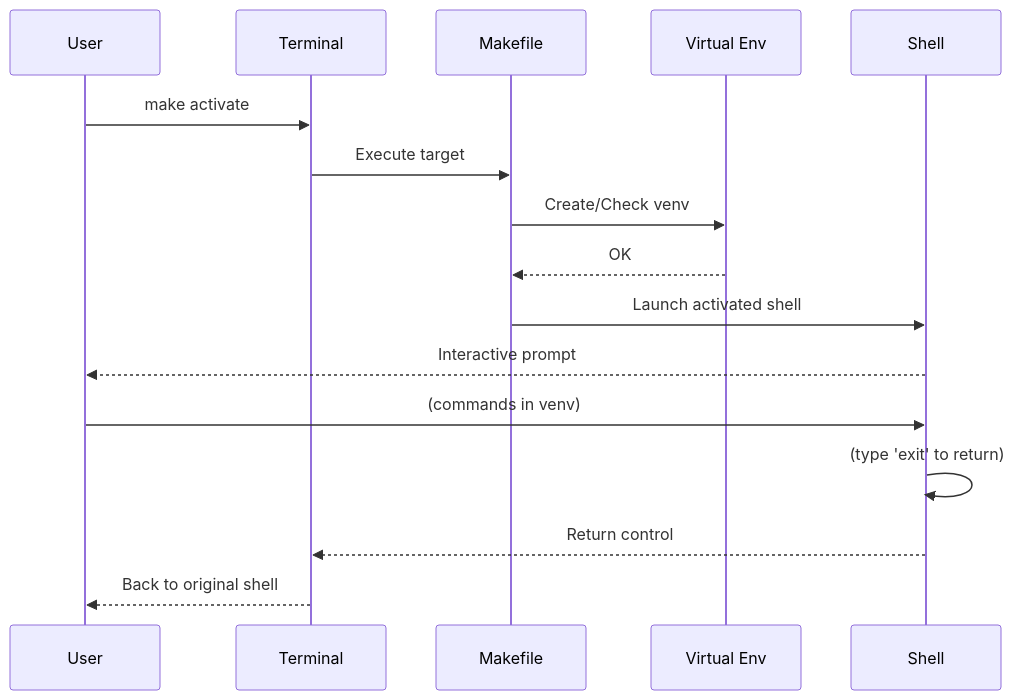
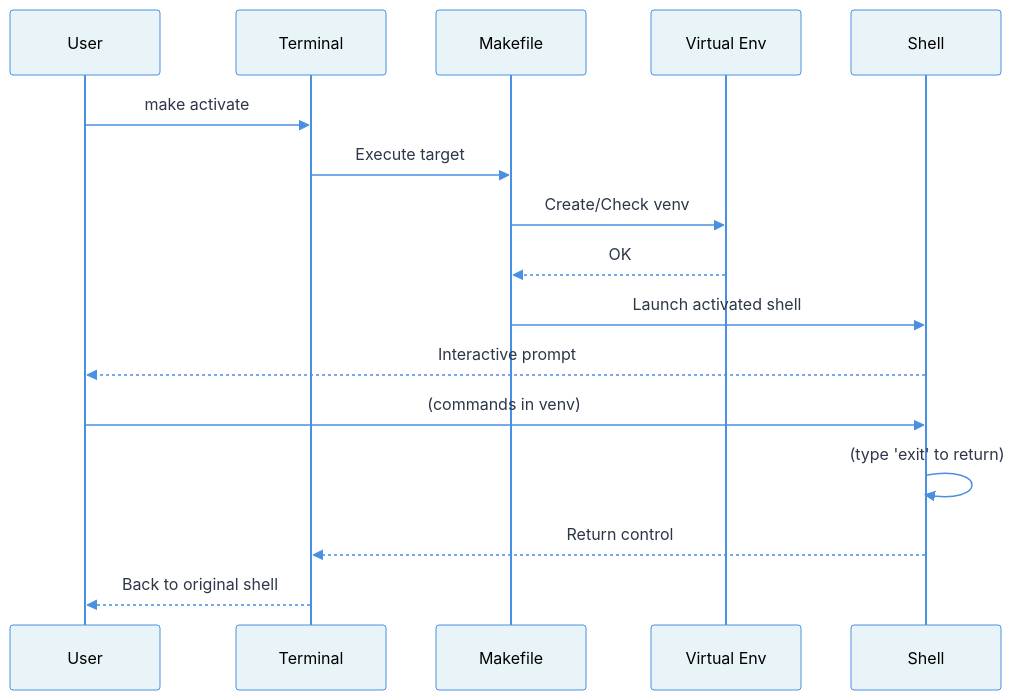
Before and after one commit to mapitman/media-encoding: the third of 3 diagrams in README.md, drawn with Mermaid. The commit also changed 2 other files, not shown here.

Commit message:
Improve ripping UX; add episode-start; refine metadata logging
rip_disc.py: Suppress verbose MakeMKV scan output after first title, add concise progress logs (per-title captions shown once, include position in progress bar), and show percentage updates as titles rip. Report found title count upfront. Add informative logs when OMDB/TMDB lookups succeed; warn when falling back to disc title. Support starting episode numbering via new --episode-start CLI flag and propagate through process_disc() and rename flow.

rip_tv.sh: Add --episode-start option, propagate to Python script, and update help text for clarity.

README.md: Enable Mermaid theme initialization for activation sequence diagram for better visual consistency.

````diff
--- a/README.md
+++ b/README.md
@@ -382,19 +382,20 @@
 ```mermaid
+%%{init: {'theme':'base', 'themeVariables': { 'primaryColor':'#4a90e2','primaryTextColor':'#fff','primaryBorderColor':'#2e5c8a','lineColor':'#4a90e2','secondaryColor':'#82b366','tertiaryColor':'#f4a460','noteBkgColor':'#fff9e6','noteTextColor':'#000','noteBorderColor':'#d4a017','actorBkg':'#e8f4f8','actorBorder':'#4a90e2','actorTextColor':'#000','signalColor':'#4a90e2','signalTextColor':'#2d3748','labelBoxBkgColor':'#4a90e2','labelBoxBorderColor':'#2e5c8a','labelTextColor':'#fff','loopTextColor':'#2d3748','activationBorderColor':'#2e5c8a','activationBkgColor':'#c8e0f4','sequenceNumberColor':'#fff'}}}%%
 sequenceDiagram
     participant User
     participant Terminal
     participant Makefile
     participant Venv as Virtual Env
     participant Shell
     
     User->>Terminal: make activate
     Terminal->>Makefile: Execute target
     Makefile->>Venv: Create/Check venv
     Venv-->>Makefile: OK
     Makefile->>Shell: Launch activated shell
     Shell-->>User: Interactive prompt
     User->>Shell: (commands in venv)
     Shell->>Shell: (type 'exit' to return)
     Shell-->>Terminal: Return control
     Terminal-->>User: Back to original shell
 ```
````
